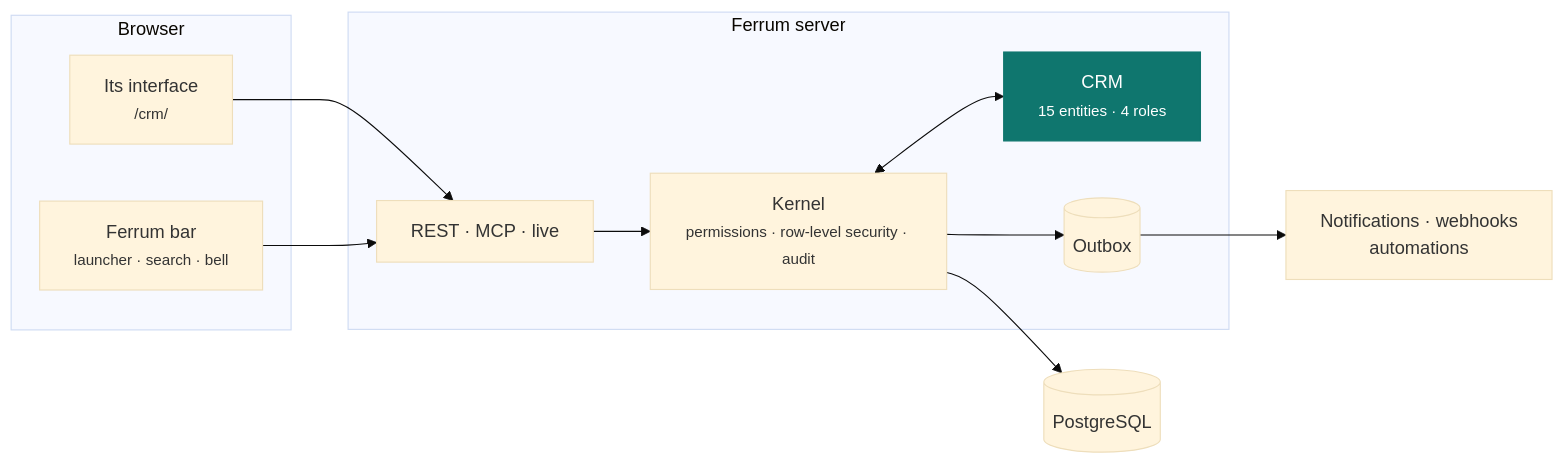
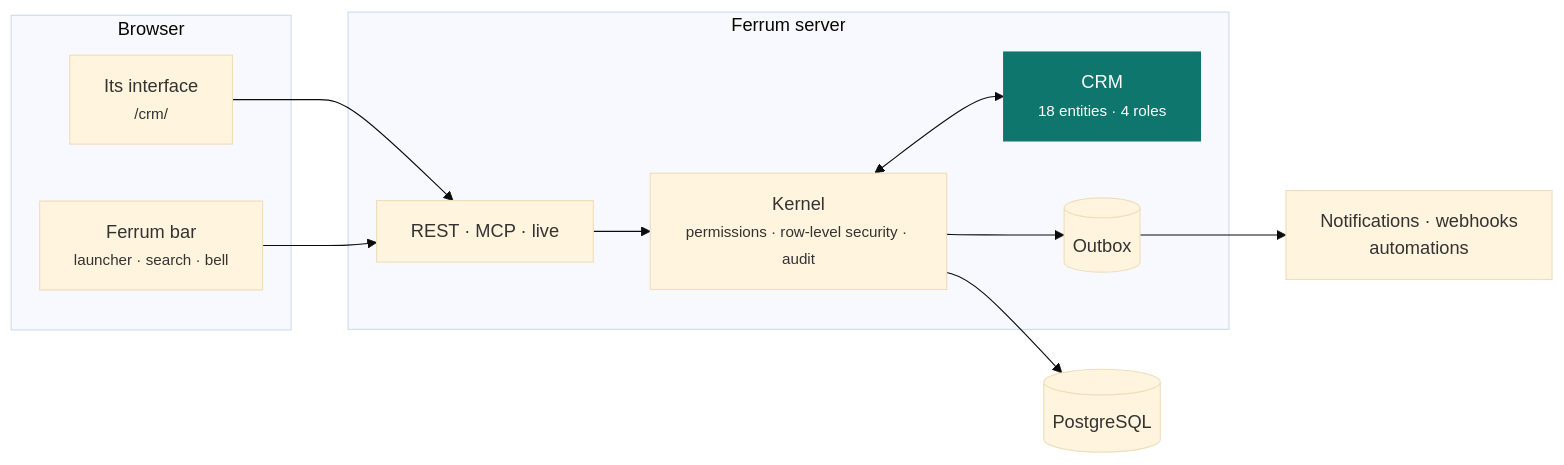
Before and after one commit to CBFerrum/ferrum-app-crm: the second of 3 diagrams in README.md, drawn with Mermaid (base theme). The commit also changed other lines of this file and 3 other files, not shown here.

````diff
--- a/README.md
+++ b/README.md
@@ -116,21 +117,21 @@
 ```mermaid
 flowchart LR
     subgraph Browser
         UI["Its interface<br/><small>/crm/</small>"]
         BAR["Ferrum bar<br/><small>launcher · search · bell</small>"]
     end
     subgraph Server["Ferrum server"]
         API["REST · MCP · live"]
         K["Kernel<br/><small>permissions · row-level security · audit</small>"]
-        APP["CRM<br/><small>15 entities · 4 roles</small>"]
+        APP["CRM<br/><small>18 entities · 4 roles</small>"]
         OB[("Outbox")]
     end
     DB[("PostgreSQL")]
     UI --> API --> K --> DB
     BAR --> API
     K <--> APP
     K --> OB --> EV["Notifications · webhooks<br/>automations"]
 
     classDef app fill:#0f766e,color:#fff,stroke:#0f766e
     class APP app
 ```
````
